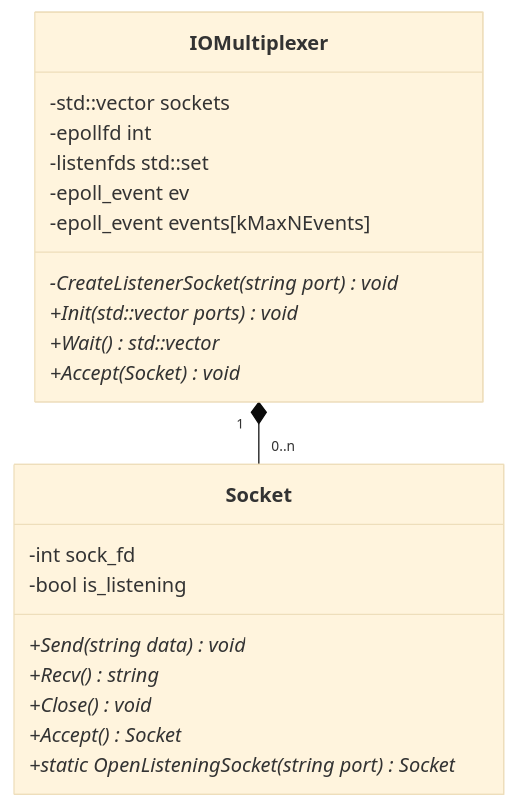
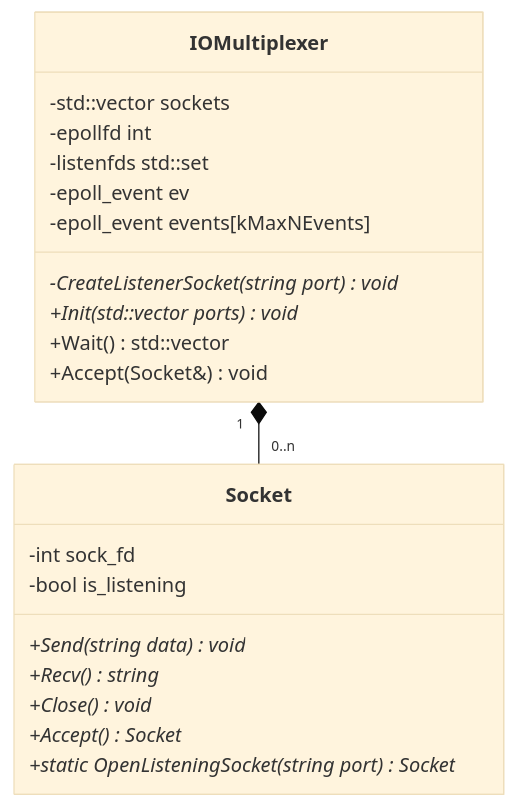
The diagram in docs/class/socket_class.md (katataku/webserv), drawn with Mermaid (base theme) before and after one commit. The commit also changed 11 other files, not shown here.

````diff
--- a/docs/class/socket_class.md
+++ b/docs/class/socket_class.md
@@ -3,27 +3,27 @@
 ```mermaid
 classDiagram
   IOMultiplexer "1" *-- "0..n" Socket
 
   class Socket {
     -int sock_fd
     -bool is_listening
     +Send(string data)* void
     +Recv()* string
     +Close()* void
     +Accept()* Socket
     +static OpenListeningSocket(string port)* Socket
   }
 
   class IOMultiplexer {
     -std::vector<Socket> sockets
     -epollfd int
     -listenfds std::set<int>
     -epoll_event ev
     -epoll_event events[kMaxNEvents]
     -CreateListenerSocket(string port)* void
     +Init(std::vector<std::string> ports)* void
-    +Wait()* std::vector<Socket>
-    +Accept(Socket)* void
+    +Wait() std::vector<Socket*>
+    +Accept(Socket&) void
   }
 
 ```
````
